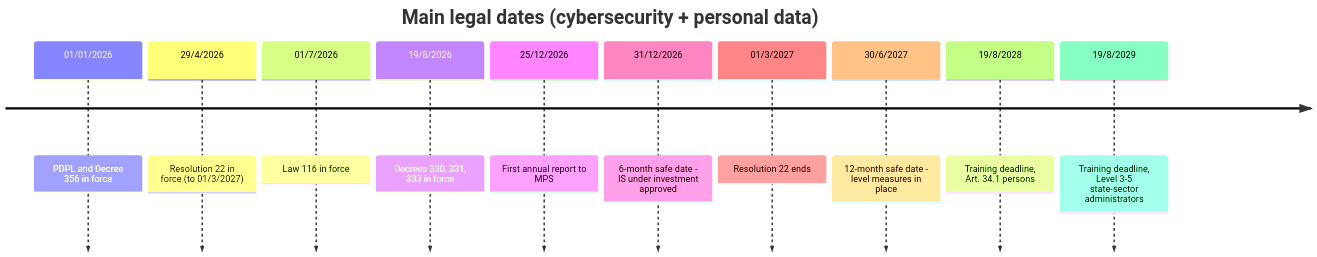
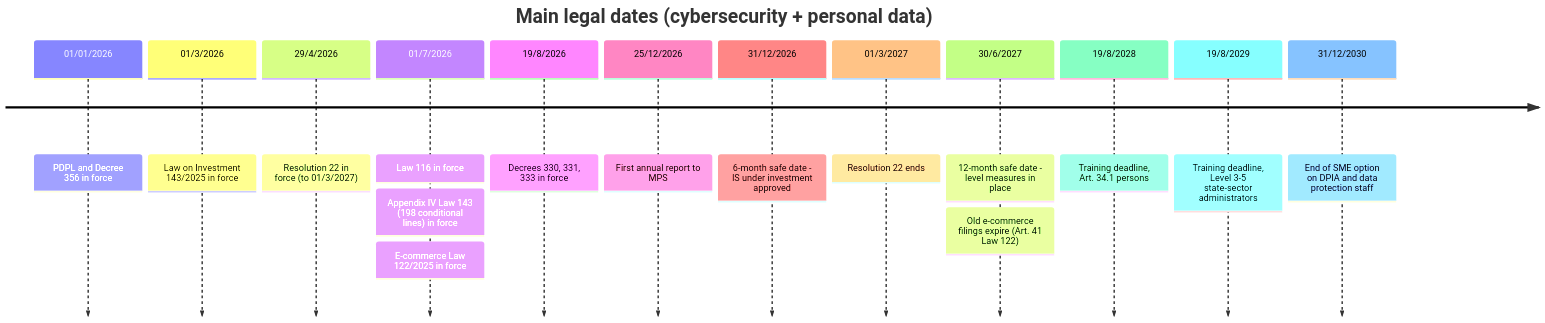
Before and after one commit to ldphuong-vn/vn-cyber-compliance: the second of 3 diagrams in en/01-overview.md, drawn with Mermaid. The commit also changed other lines of this file and 3 other files, not shown here.

````diff
--- a/en/01-overview.md
+++ b/en/01-overview.md
@@ -229,14 +251,19 @@
 ```mermaid
 timeline
     title Main legal dates (cybersecurity + personal data)
     01/01/2026 : PDPL and Decree 356 in force
+    01/3/2026 : Law on Investment 143/2025 in force
     29/4/2026 : Resolution 22 in force (to 01/3/2027)
     01/7/2026 : Law 116 in force
+              : Appendix IV Law 143 (198 conditional lines) in force
+              : E-commerce Law 122/2025 in force
     19/8/2026 : Decrees 330, 331, 333 in force
     25/12/2026 : First annual report to MPS
     31/12/2026 : 6-month safe date - IS under investment approved
     01/3/2027 : Resolution 22 ends
     30/6/2027 : 12-month safe date - level measures in place
+              : Old e-commerce filings expire (Art. 41 Law 122)
     19/8/2028 : Training deadline, Art. 34.1 persons
     19/8/2029 : Training deadline, Level 3-5 state-sector administrators
+    31/12/2030 : End of SME option on DPIA and data protection staff
 ```
````
